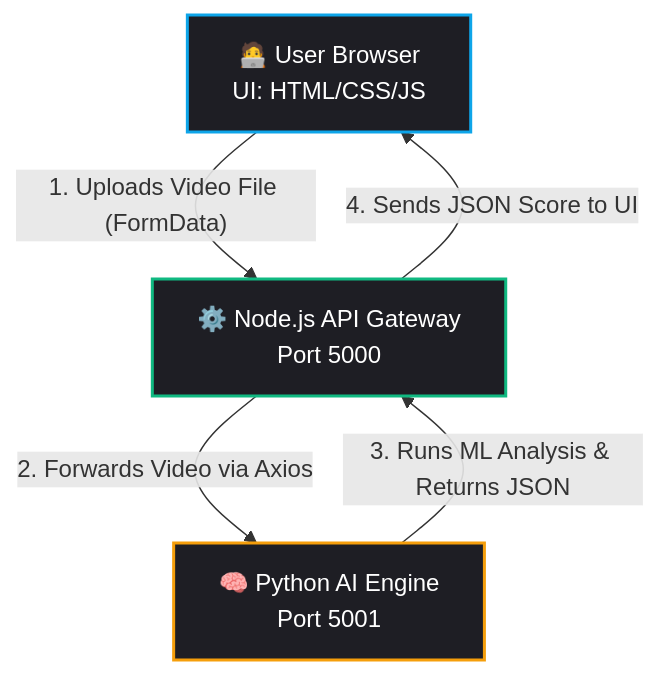
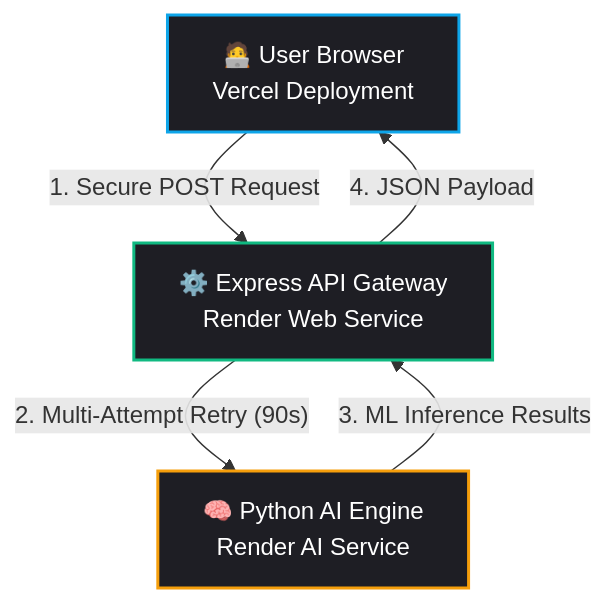
One commit to Rishidevlx/Truthlens changed the diagram in README.md. Above: the diagram before and after it, drawn with Mermaid. The commit also changed other lines of this file, not shown here.

Commit message:
docs: update README with production architecture and resilience features

````diff
--- a/README.md
+++ b/README.md
@@ -26,15 +26,15 @@
 ```mermaid
 graph TD
     classDef frontend fill:#1e1e24,stroke:#0ea5e9,stroke-width:2px,color:#fff;
     classDef backend fill:#1e1e24,stroke:#10b981,stroke-width:2px,color:#fff;
     classDef ai fill:#1e1e24,stroke:#f59e0b,stroke-width:2px,color:#fff;
     
-    A[🧑‍💻 User Browser <br> UI: HTML/CSS/JS]:::frontend
-    B[⚙️ Node.js API Gateway <br> Port 5000]:::backend
-    C[🧠 Python AI Engine <br> Port 5001]:::ai
+    A[🧑‍💻 User Browser <br> Vercel Deployment]:::frontend
+    B[⚙️ Express API Gateway <br> Render Web Service]:::backend
+    C[🧠 Python AI Engine <br> Render AI Service]:::ai
     
-    A -- "1. Uploads Video File (FormData)" --> B
-    B -- "2. Forwards Video via Axios" --> C
-    C -- "3. Runs ML Analysis & Returns JSON" --> B
-    B -- "4. Sends JSON Score to UI" --> A
+    A -- "1. Secure POST Request" --> B
+    B -- "2. Multi-Attempt Retry (90s)" --> C
+    C -- "3. ML Inference Results" --> B
+    B -- "4. JSON Payload" --> A
 ```
````
